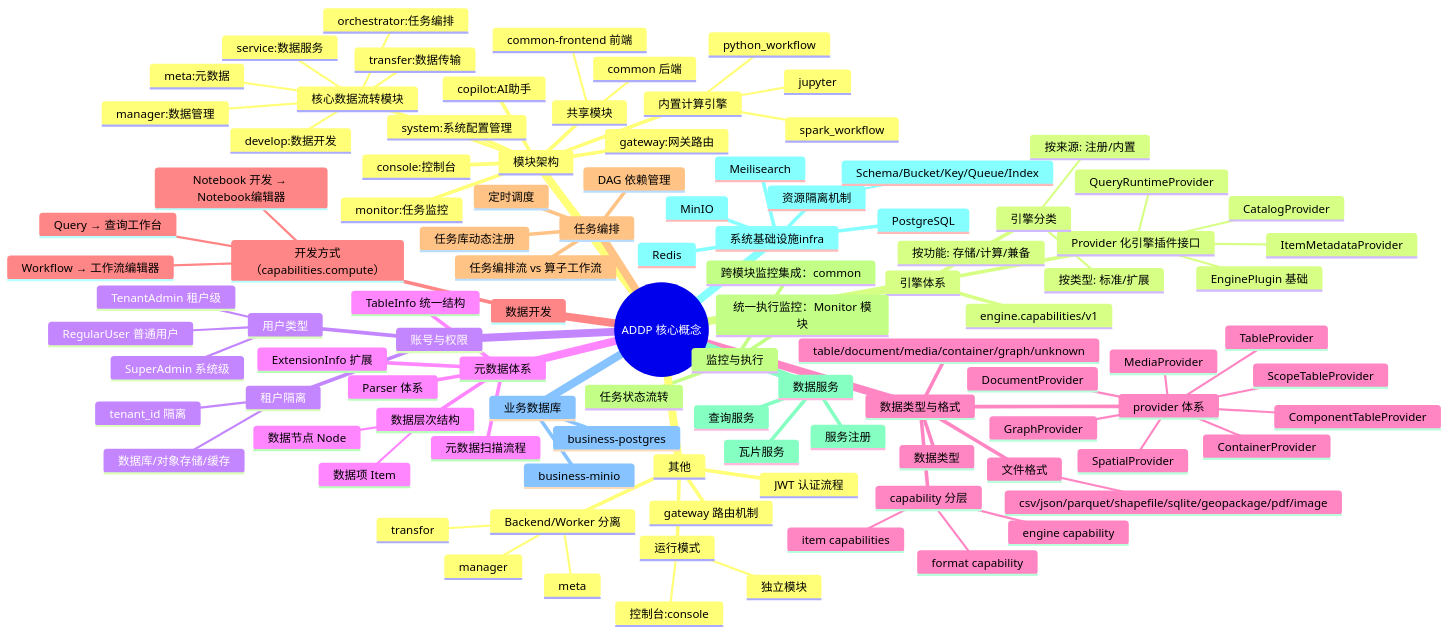
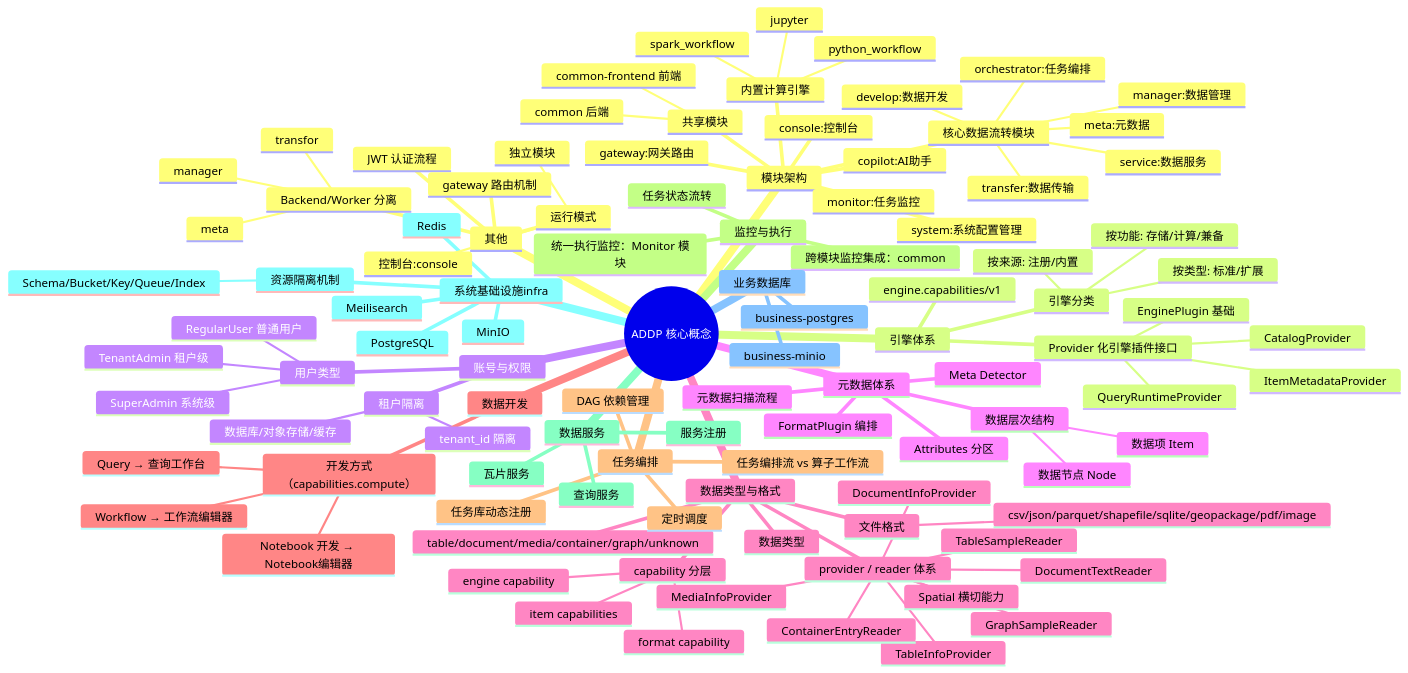
One commit to pampa0629/addp changed the first of 2 diagrams in docs/concepts/addp核心概念关系图.md. Above: the diagram before and after it, drawn with Mermaid. The commit also changed other lines of this file and 60 other files, not shown here.

```diff
--- a/docs/concepts/addp核心概念关系图.md
+++ b/docs/concepts/addp核心概念关系图.md
@@ -62,9 +62,9 @@
       数据层次结构
         数据节点 Node
         数据项 Item
-      Parser 体系
-      TableInfo 统一结构
-      ExtensionInfo 扩展
+      Meta Detector
+      Attributes 分区
+      FormatPlugin 编排
       元数据扫描流程
     数据类型与格式
       数据类型
@@ -75,15 +75,15 @@
         engine capability
         format capability
         item capabilities
-      provider 体系
-        TableProvider
-        ComponentTableProvider
-        ScopeTableProvider
-        DocumentProvider
-        MediaProvider
-        ContainerProvider
-        GraphProvider
-        SpatialProvider
+      provider / reader 体系
+        TableInfoProvider
+        TableSampleReader
+        DocumentInfoProvider
+        DocumentTextReader
+        MediaInfoProvider
+        ContainerEntryReader
+        GraphSampleReader
+        Spatial 横切能力
     数据开发
       开发方式（capabilities.compute）
         Query → 查询工作台
```
